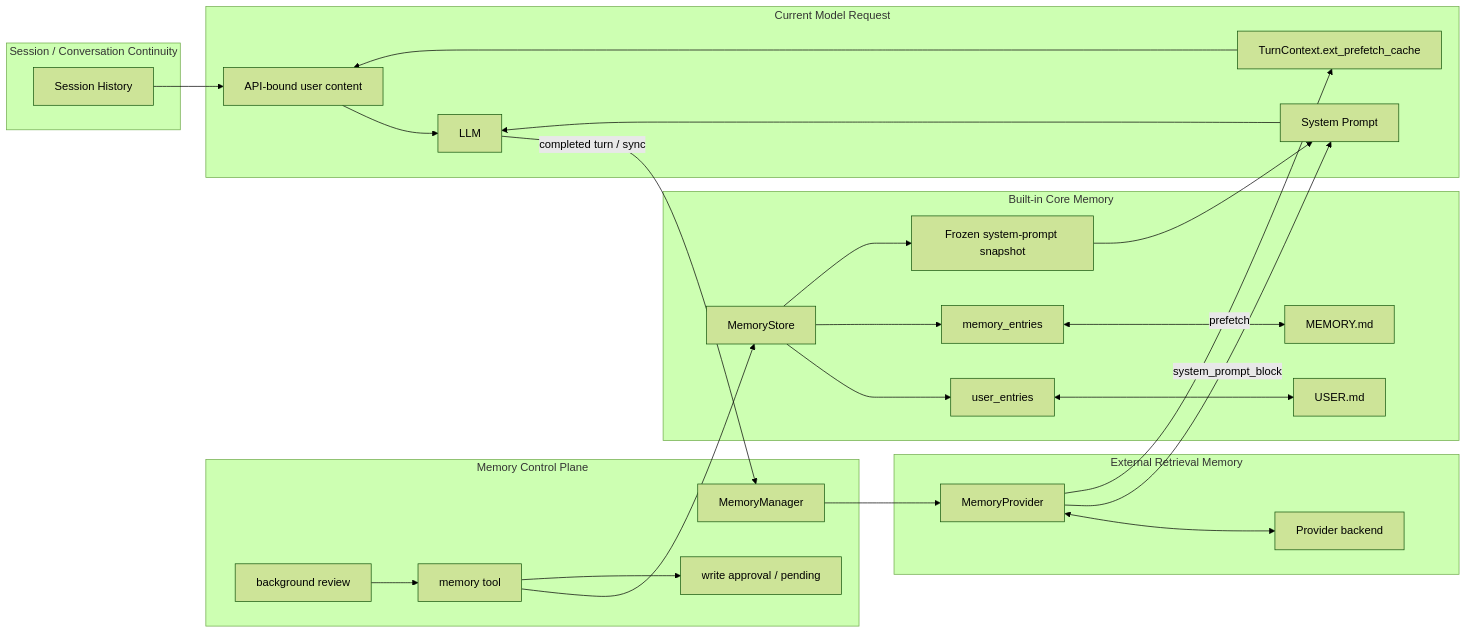
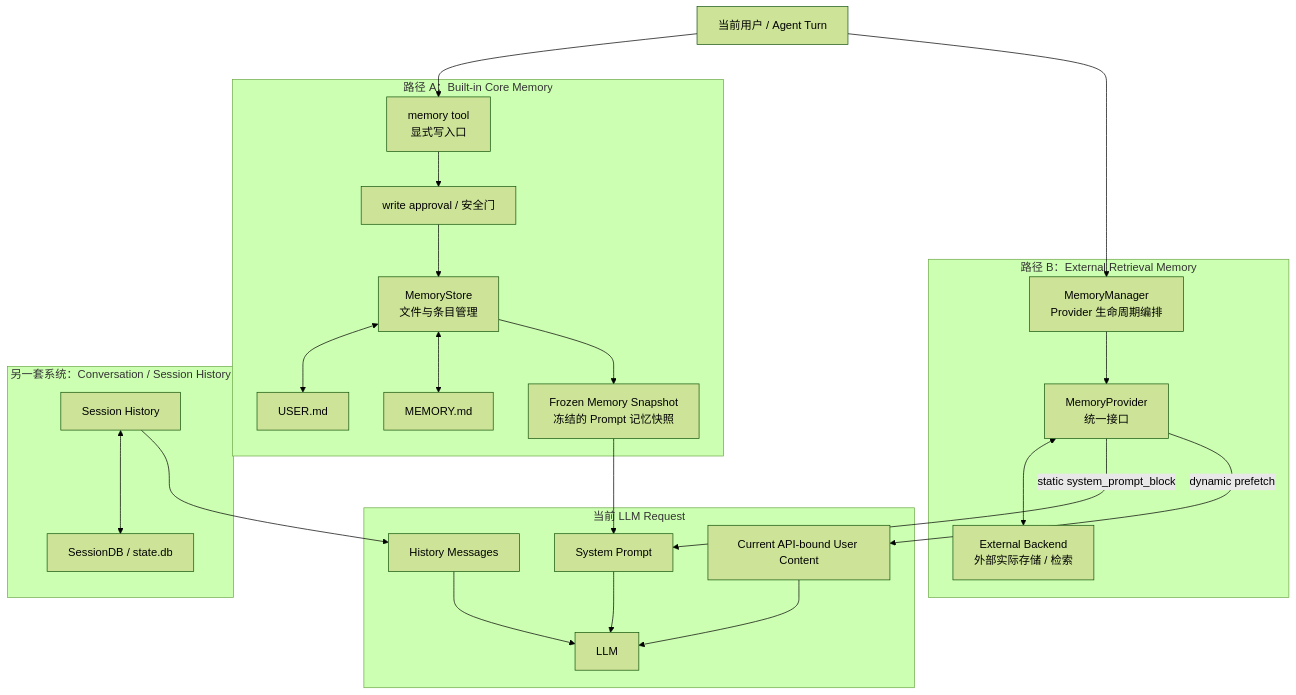
The third of 15 diagrams in learning/hermes-vault/chapters/06-memory-history-external-provider.md (SodaWWater/AI-Learn), drawn with Mermaid (forest theme) before and after one commit. The commit also changed other lines of this file, not shown here.

Commit message:
docs: clarify Hermes memory architecture and teaching flow

````diff
--- a/learning/hermes-vault/chapters/06-memory-history-external-provider.md
+++ b/learning/hermes-vault/chapters/06-memory-history-external-provider.md
@@ -289,53 +341,51 @@
 ```mermaid
-flowchart LR
-    subgraph SESSION["Session / Conversation Continuity"]
-        H["Session History"]
+flowchart TB
+    U["当前用户 / Agent Turn"]
+
+    subgraph BUILTIN["路径 A：Built-in Core Memory"]
+        MT["memory tool<br/>显式写入口"]
+        WA["write approval / 安全门"]
+        MS["MemoryStore<br/>文件与条目管理"]
+        UF["USER.md"]
+        MF["MEMORY.md"]
+        SNAP["Frozen Memory Snapshot<br/>冻结的 Prompt 记忆快照"]
+
+        MT --> WA --> MS
+        MS <--> UF
+        MS <--> MF
+        MS --> SNAP
     end
 
-    subgraph CORE["Built-in Core Memory"]
-        MS["MemoryStore"]
-        UE["user_entries"]
-        ME["memory_entries"]
-        UF["USER.md"]
-        MF["MEMORY.md"]
-        SS["Frozen system-prompt snapshot"]
-        MS --> UE
-        MS --> ME
-        UE <--> UF
-        ME <--> MF
-        MS --> SS
-    end
+    subgraph EXTERNAL["路径 B：External Retrieval Memory"]
+        MM["MemoryManager<br/>Provider 生命周期编排"]
+        MP["MemoryProvider<br/>统一接口"]
+        BE["External Backend<br/>外部实际存储 / 检索"]
 
-    subgraph CONTROL["Memory Control Plane"]
-        MT["memory tool"]
-        BR["background review"]
-        WA["write approval / pending"]
-        MM["MemoryManager"]
-    end
-
-    subgraph EXTERNAL["External Retrieval Memory"]
-        MP["MemoryProvider"]
-        BE["Provider backend"]
+        MM --> MP
         MP <--> BE
     end
 
-    subgraph CONTEXT["Current Model Request"]
-        SP["System Prompt"]
-        TC["TurnContext.ext_prefetch_cache"]
-        API["API-bound user content"]
-        LLM["LLM"]
+    subgraph HISTORY["另一套系统：Conversation / Session History"]
+        CH["Session History"]
+        DB["SessionDB / state.db"]
+        CH <--> DB
     end
 
-    MT --> MS
-    BR --> MT
-    MT --> WA
-    SS --> SP
-    MM --> MP
-    MP -->|"system_prompt_block"| SP
-    MP -->|"prefetch"| TC
-    TC --> API
-    H --> API
-    SP --> LLM
-    API --> LLM
-    LLM -->|"completed turn / sync"| MM
+    subgraph REQUEST["当前 LLM Request"]
+        SP["System Prompt"]
+        MSG["History Messages"]
+        CUR["Current API-bound User Content"]
+        LLM["LLM"]
+
+        SP --> LLM
+        MSG --> LLM
+        CUR --> LLM
+    end
+
+    U --> MT
+    U --> MM
+    SNAP --> SP
+    MP -->|"static system_prompt_block"| SP
+    MP -->|"dynamic prefetch"| CUR
+    CH --> MSG
 ```
````
